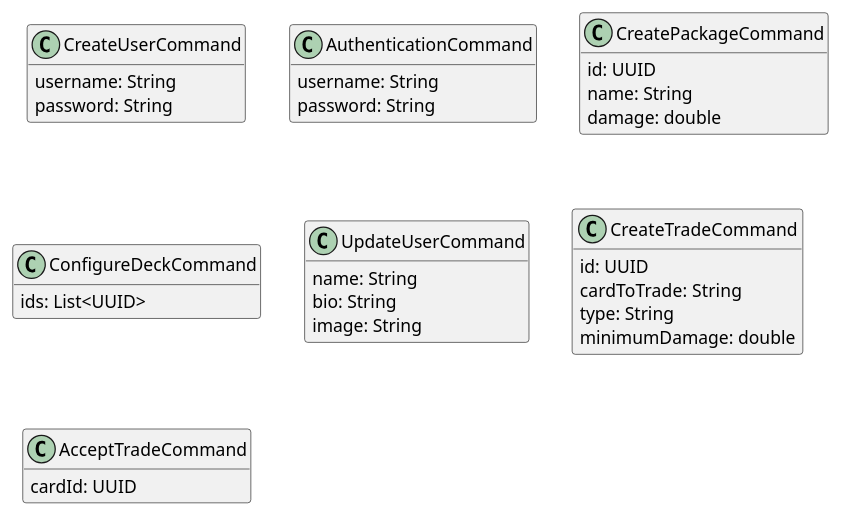
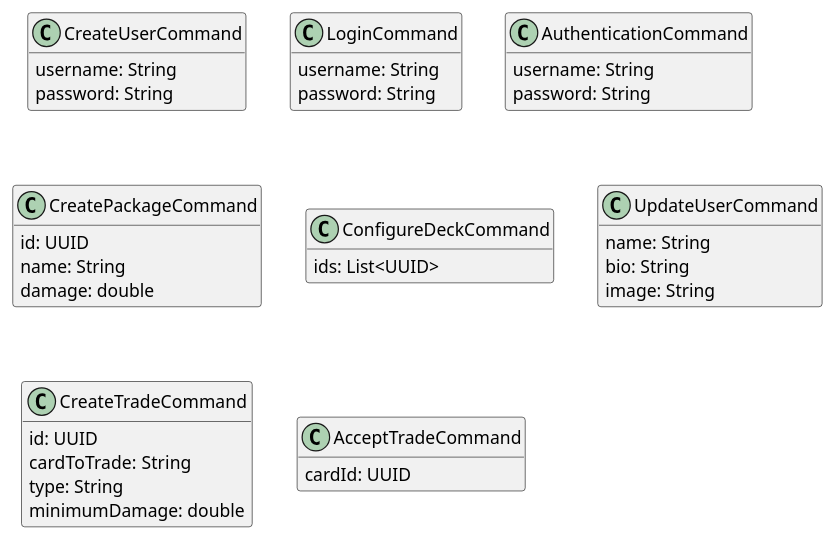
One commit to ThomasBoigner/BIF3-SWEN-MTCG-Thomas-Boigner changed the diagram in src/docs/commands.puml. Above: the diagram before and after it, drawn with PlantUML. The commit also changed 8 other files, not shown here.

```diff
--- a/src/docs/commands.puml
+++ b/src/docs/commands.puml
@@ -1,41 +1,46 @@
 @startuml
 hide methods
 
 class CreateUserCommand {
+    username: String
+    password: String
+}
+
+class LoginCommand {
     username: String
     password: String
 }
 
 class AuthenticationCommand {
     username: String
     password: String
 }
 
 class CreatePackageCommand {
     id: UUID
     name: String
     damage: double
 }
 
 class ConfigureDeckCommand {
     ids: List<UUID>
 }
 
 class UpdateUserCommand {
     name: String
     bio: String
     image: String
 }
 
 class CreateTradeCommand {
     id: UUID
     cardToTrade: String
     type: String
     minimumDamage: double
 }
 
 class AcceptTradeCommand {
     cardId: UUID
 }
 
 @enduml
```
